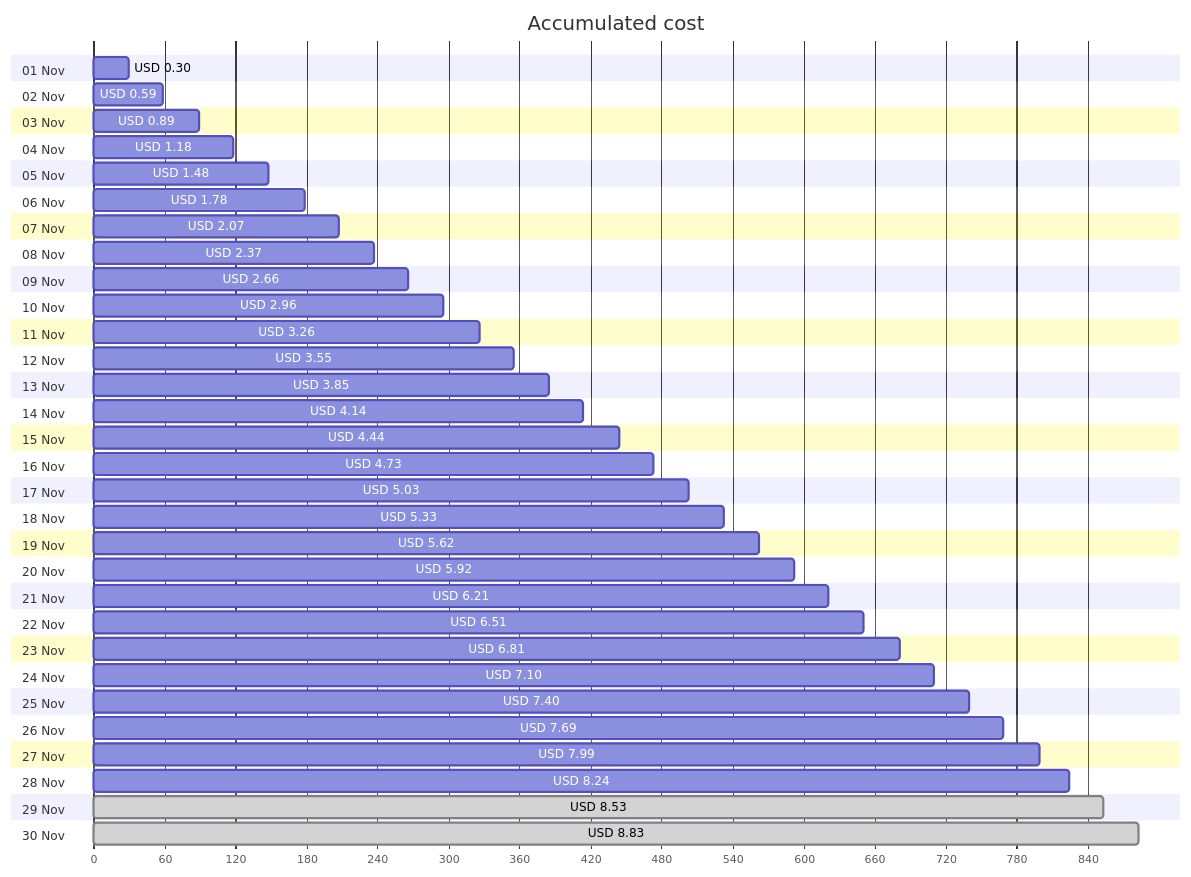
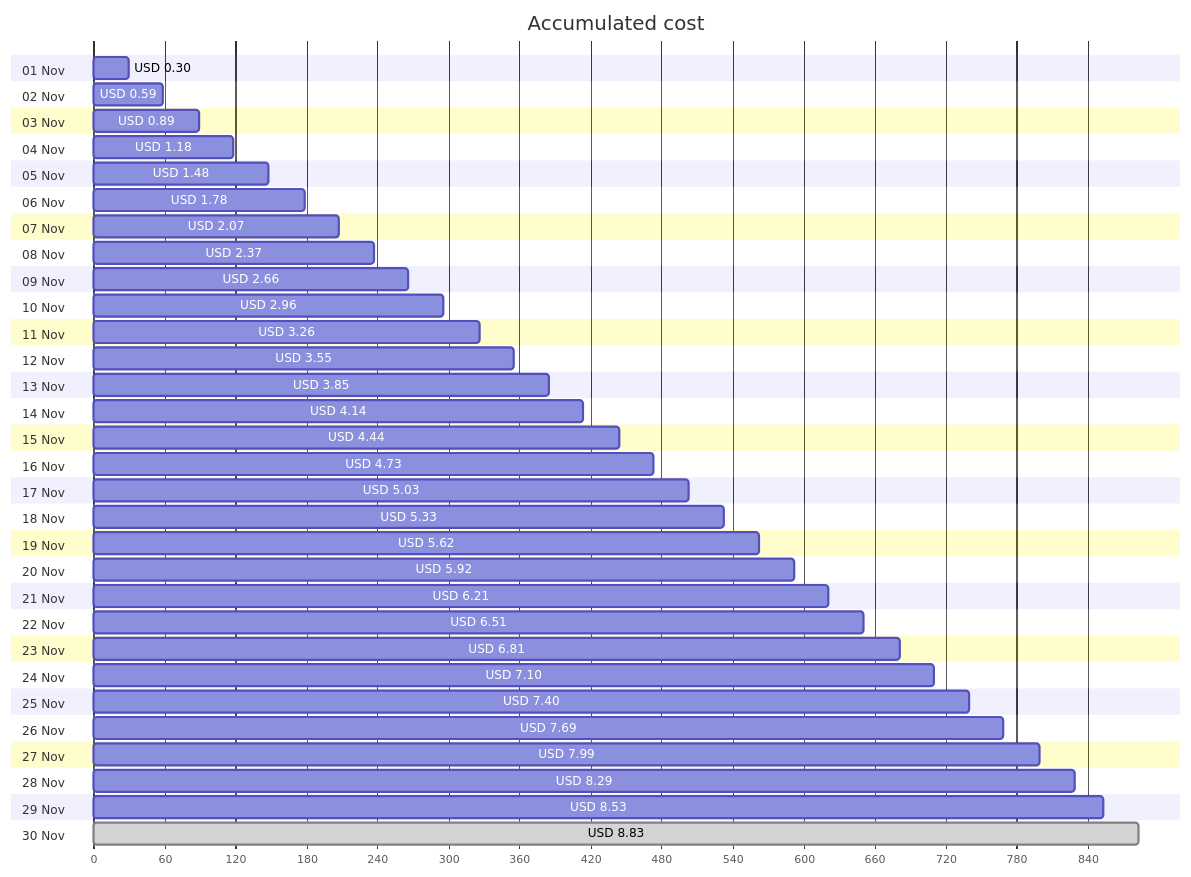
The first of 4 diagrams in cost-reports/personal-site/personal-site.md (jpfulton/azure-personal-reports), drawn with Mermaid before and after one commit. The commit also changed other lines of this file and 6 other files, not shown here.

````diff
--- a/cost-reports/personal-site/personal-site.md
+++ b/cost-reports/personal-site/personal-site.md
@@ -20,66 +20,66 @@
 ```mermaid
 gantt
    title Accumulated cost
    dateFormat  X
    axisFormat %s
    section 01 Nov
    USD 0.30 :0, 30
    section 02 Nov
    USD 0.59 :0, 59
    section 03 Nov
    USD 0.89 :0, 89
    section 04 Nov
    USD 1.18 :0, 118
    section 05 Nov
    USD 1.48 :0, 148
    section 06 Nov
    USD 1.78 :0, 178
    section 07 Nov
    USD 2.07 :0, 207
    section 08 Nov
    USD 2.37 :0, 237
    section 09 Nov
    USD 2.66 :0, 266
    section 10 Nov
    USD 2.96 :0, 296
    section 11 Nov
    USD 3.26 :0, 326
    section 12 Nov
    USD 3.55 :0, 355
    section 13 Nov
    USD 3.85 :0, 385
    section 14 Nov
    USD 4.14 :0, 414
    section 15 Nov
    USD 4.44 :0, 444
    section 16 Nov
    USD 4.73 :0, 473
    section 17 Nov
    USD 5.03 :0, 503
    section 18 Nov
    USD 5.33 :0, 533
    section 19 Nov
    USD 5.62 :0, 562
    section 20 Nov
    USD 5.92 :0, 592
    section 21 Nov
    USD 6.21 :0, 621
    section 22 Nov
    USD 6.51 :0, 651
    section 23 Nov
    USD 6.81 :0, 681
    section 24 Nov
    USD 7.10 :0, 710
    section 25 Nov
    USD 7.40 :0, 740
    section 26 Nov
    USD 7.69 :0, 769
    section 27 Nov
    USD 7.99 :0, 799
    section 28 Nov
-   USD 8.24 :0, 824
+   USD 8.29 :0, 829
    section 29 Nov
-   USD 8.53 : done, 0, 853
+   USD 8.53 :0, 853
    section 30 Nov
    USD 8.83 : done, 0, 883
 ```
````
